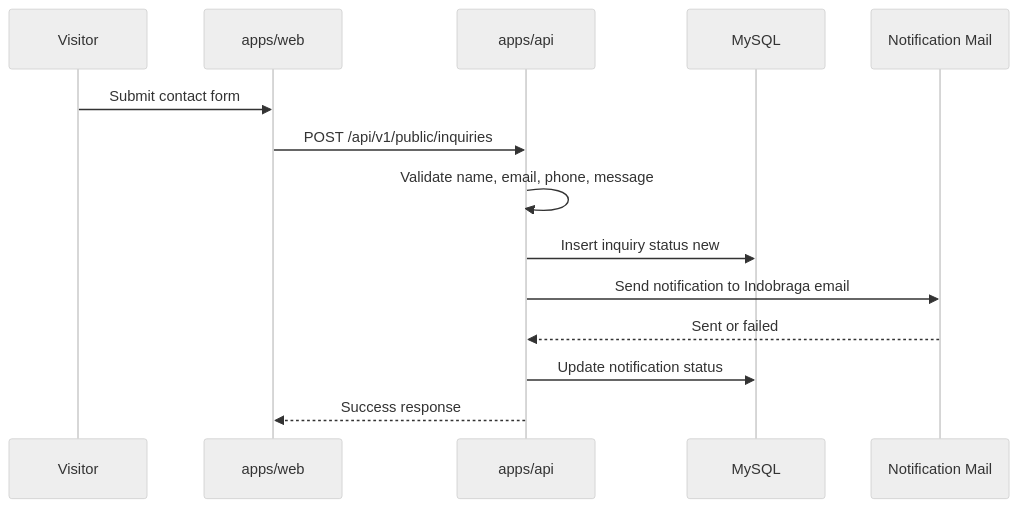
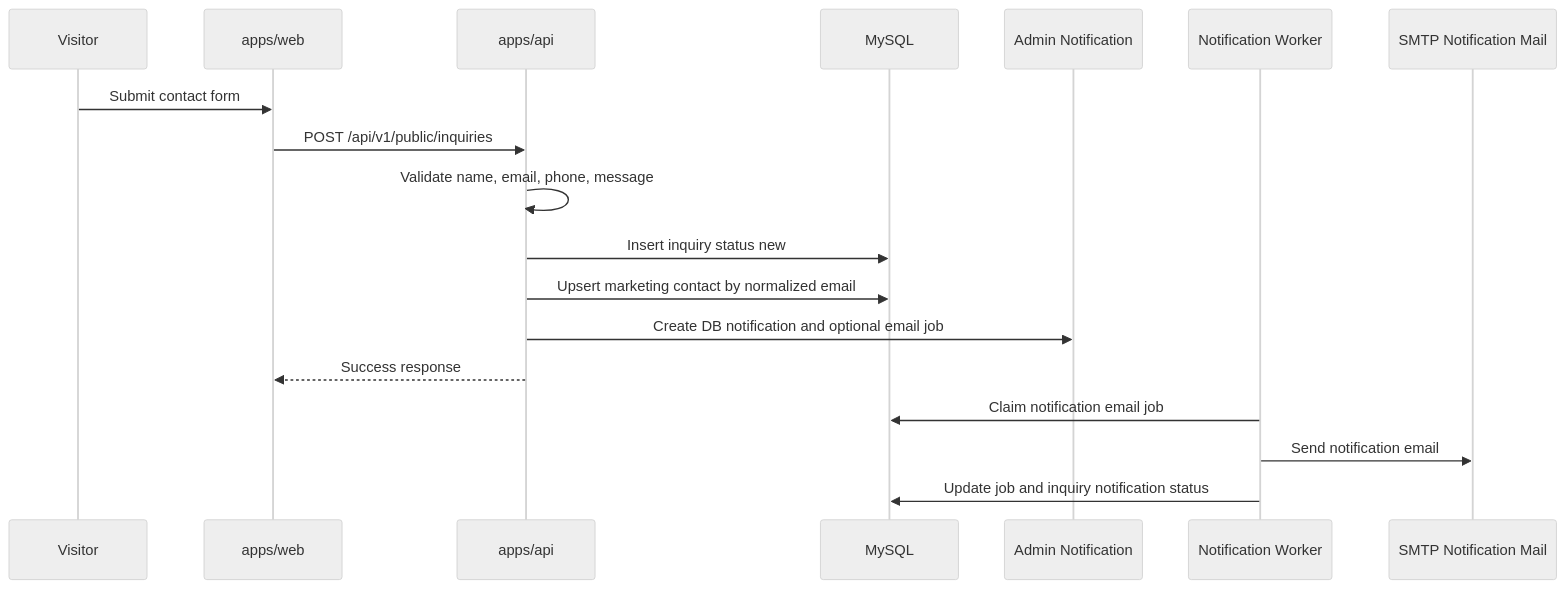
Before and after one commit to AmandaYora/indobraga-company-profile: the first of 7 diagrams in docs/BACKEND_API_CONTRACT.md, drawn with Mermaid (neutral theme). The commit also changed other lines of this file and 43 other files, not shown here.

````diff
--- a/docs/BACKEND_API_CONTRACT.md
+++ b/docs/BACKEND_API_CONTRACT.md
@@ -523,17 +586,21 @@
 ```mermaid
 sequenceDiagram
     participant Visitor
     participant Web as apps/web
     participant API as apps/api
     participant DB as MySQL
-    participant Mail as Notification Mail
+    participant Notif as Admin Notification
+    participant Worker as Notification Worker
+    participant Mail as SMTP Notification Mail
 
     Visitor->>Web: Submit contact form
     Web->>API: POST /api/v1/public/inquiries
     API->>API: Validate name, email, phone, message
     API->>DB: Insert inquiry status new
-    API->>Mail: Send notification to Indobraga email
-    Mail-->>API: Sent or failed
-    API->>DB: Update notification status
+    API->>DB: Upsert marketing contact by normalized email
+    API->>Notif: Create DB notification and optional email job
     API-->>Web: Success response
+    Worker->>DB: Claim notification email job
+    Worker->>Mail: Send notification email
+    Worker->>DB: Update job and inquiry notification status
 ```
````
